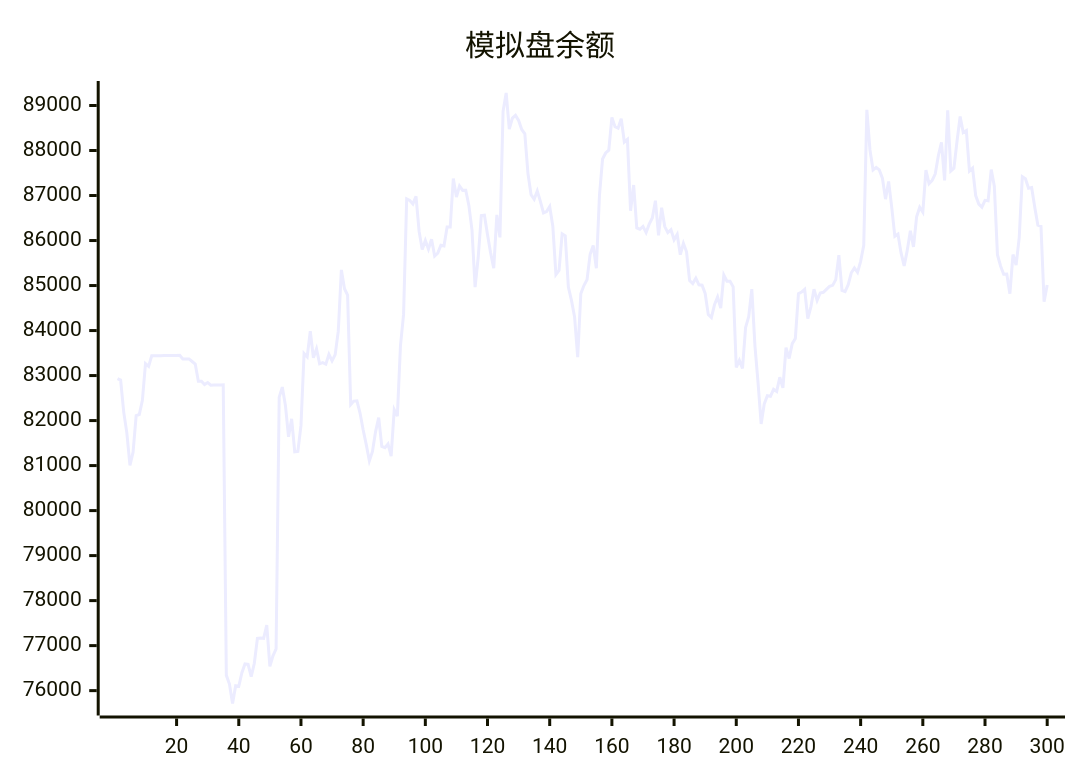
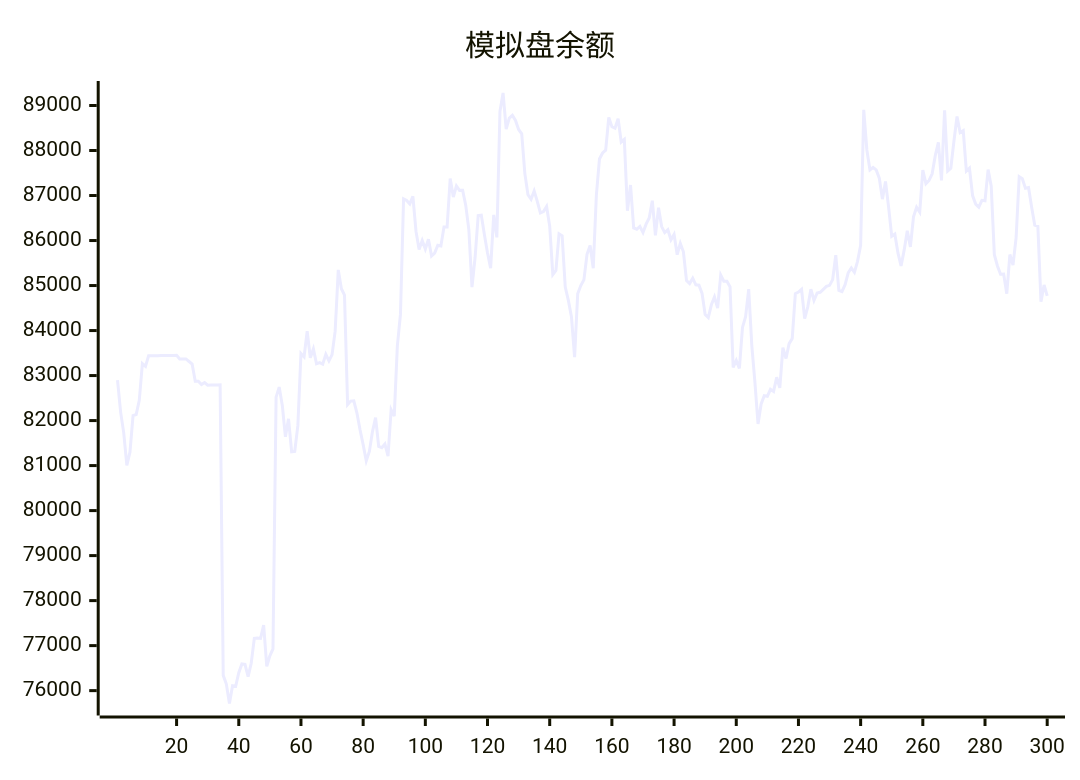
Before and after one commit to aahl/ai-trading: the diagram in README.md, drawn with Mermaid. The commit also changed other lines of this file and 1 other file, not shown here.

````diff
--- a/README.md
+++ b/README.md
@@ -5,5 +5,5 @@
 ```mermaid
 xychart
     title "模拟盘余额"
-    line [82934,82901,82188,81728,81005,81298,82110,82135,82449,83264,83203,83440,83439,83440,83440,83446,83447,83448,83447,83448,83449,83369,83369,83369,83313,83256,82872,82873,82801,82844,82785,82791,82791,82793,82794,76339,76145,75714,76110,76096,76397,76594,76585,76310,76607,77160,77170,77160,77456,76541,76774,76927,82520,82744,82337,81639,82040,81307,81314,81887,83490,83414,83984,83396,83594,83261,83287,83253,83470,83327,83465,83987,85348,84930,84786,82355,82433,82438,82167,81795,81466,81105,81315,81756,82064,81426,81398,81481,81210,82242,82099,83658,84359,86925,86892,86814,86980,86203,85802,86003,85811,86028,85657,85721,85896,85880,86300,86299,87378,86965,87214,87115,87118,86780,86238,84966,85623,86555,86562,86129,85722,85387,86569,86070,88870,89278,88477,88720,88781,88668,88467,88372,87493,87018,86917,87102,86870,86613,86644,86758,86317,85242,85334,86149,86106,84968,84671,84302,83410,84816,85001,85127,85693,85891,85384,87001,87811,87945,88007,88734,88528,88495,88705,88189,88248,86662,87234,86279,86251,86314,86177,86364,86503,86886,86114,86731,86310,86176,86240,86017,86136,85685,85938,85749,85111,85044,85164,85016,85008,84824,84354,84287,84572,84745,84500,85234,85096,85095,84970,83180,83338,83157,84070,84309,84922,83667,82850,81924,82369,82552,82539,82695,82648,82962,82728,83619,83378,83710,83825,84819,84854,84917,84265,84527,84919,84668,84834,84850,84916,84981,85004,85131,85674,84891,84864,85019,85284,85393,85294,85538,85894,88904,88012,87567,87625,87568,87386,86920,87313,86737,86094,86143,85725,85437,85787,86219,85859,86526,86740,86630,87563,87264,87335,87483,87886,88180,87335,88894,87544,87608,88207,88755,88401,88444,87543,87608,87000,86810,86740,86894,86884,87576,87209,85686,85435,85251,85255,84820,85689,85453,86066,87420,87373,87161,87178,86740,86341,86315,84643,85012]
+    line [82901,82188,81728,81005,81298,82110,82135,82449,83264,83203,83440,83439,83440,83440,83446,83447,83448,83447,83448,83449,83369,83369,83369,83313,83256,82872,82873,82801,82844,82785,82791,82791,82793,82794,76339,76145,75714,76110,76096,76397,76594,76585,76310,76607,77160,77170,77160,77456,76541,76774,76927,82520,82744,82337,81639,82040,81307,81314,81887,83490,83414,83984,83396,83594,83261,83287,83253,83470,83327,83465,83987,85348,84930,84786,82355,82433,82438,82167,81795,81466,81105,81315,81756,82064,81426,81398,81481,81210,82242,82099,83658,84359,86925,86892,86814,86980,86203,85802,86003,85811,86028,85657,85721,85896,85880,86300,86299,87378,86965,87214,87115,87118,86780,86238,84966,85623,86555,86562,86129,85722,85387,86569,86070,88870,89278,88477,88720,88781,88668,88467,88372,87493,87018,86917,87102,86870,86613,86644,86758,86317,85242,85334,86149,86106,84968,84671,84302,83410,84816,85001,85127,85693,85891,85384,87001,87811,87945,88007,88734,88528,88495,88705,88189,88248,86662,87234,86279,86251,86314,86177,86364,86503,86886,86114,86731,86310,86176,86240,86017,86136,85685,85938,85749,85111,85044,85164,85016,85008,84824,84354,84287,84572,84745,84500,85234,85096,85095,84970,83180,83338,83157,84070,84309,84922,83667,82850,81924,82369,82552,82539,82695,82648,82962,82728,83619,83378,83710,83825,84819,84854,84917,84265,84527,84919,84668,84834,84850,84916,84981,85004,85131,85674,84891,84864,85019,85284,85393,85294,85538,85894,88904,88012,87567,87625,87568,87386,86920,87313,86737,86094,86143,85725,85437,85787,86219,85859,86526,86740,86630,87563,87264,87335,87483,87886,88180,87335,88894,87544,87608,88207,88755,88401,88444,87543,87608,87000,86810,86740,86894,86884,87576,87209,85686,85435,85251,85255,84820,85689,85453,86066,87420,87373,87161,87178,86740,86341,86315,84643,85012,84772]
 ```
````
